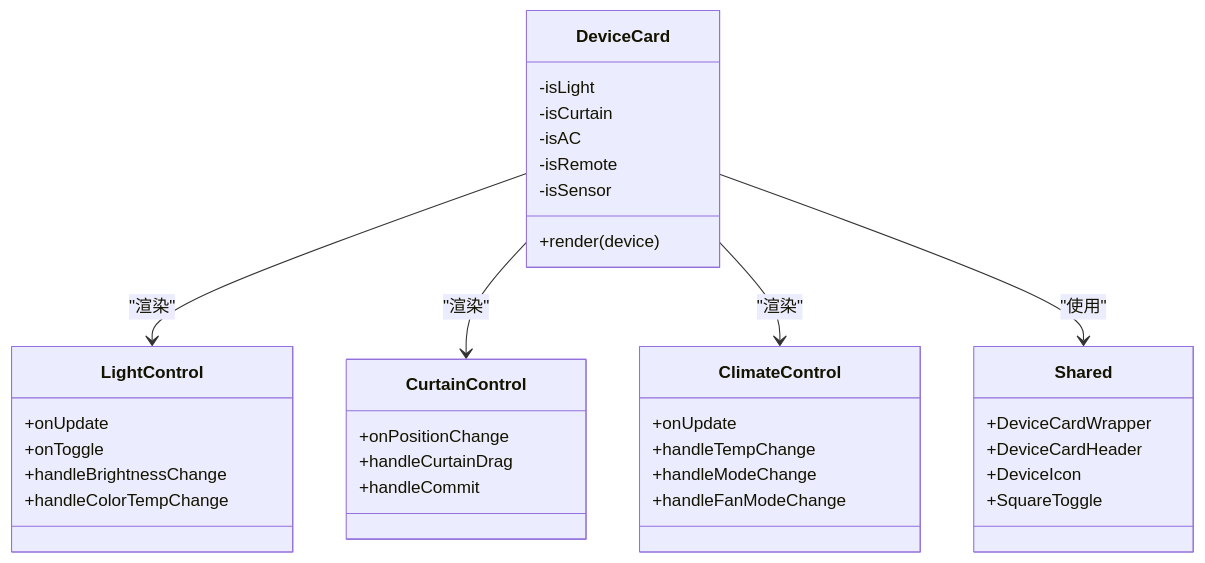
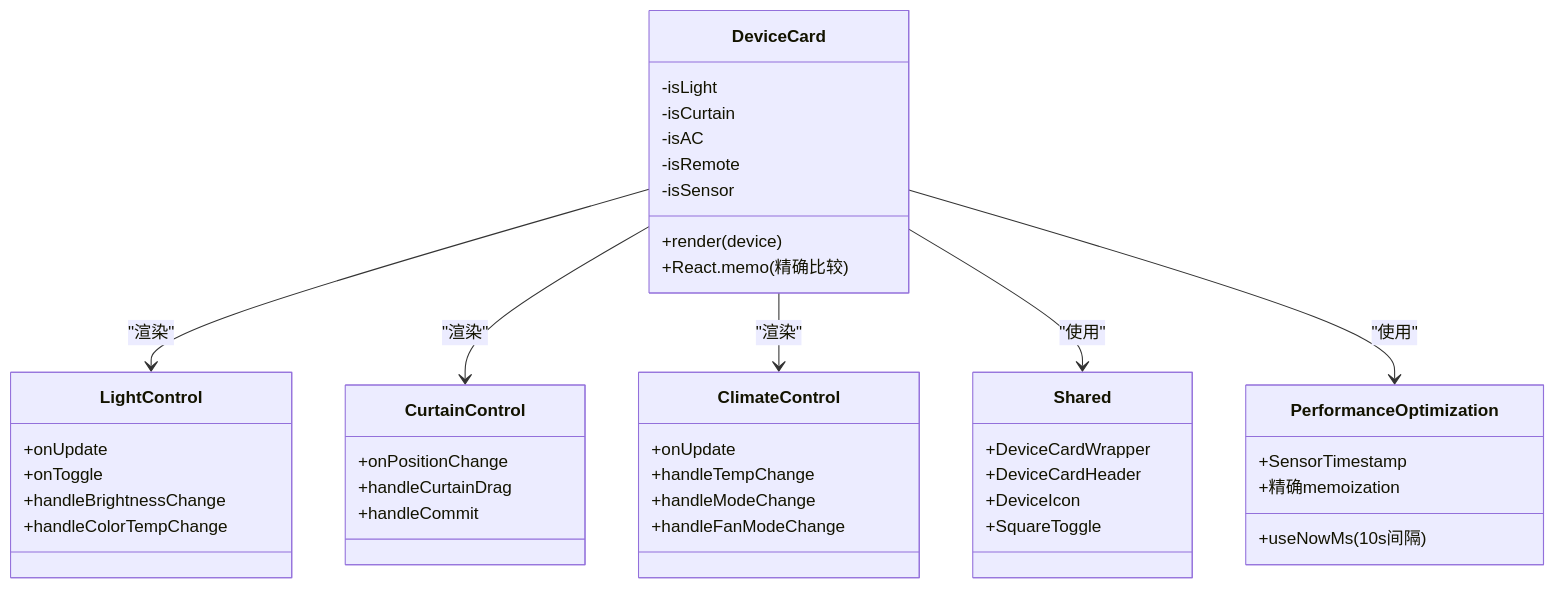
The third of 8 diagrams in .qoder/repowiki/zh/content/架构设计/组件架构设计.md (skyeyinkun/HAUI), drawn with Mermaid before and after one commit. The commit also changed other lines of this file and 14 other files, not shown here.

````diff
--- a/.qoder/repowiki/zh/content/架构设计/组件架构设计.md
+++ b/.qoder/repowiki/zh/content/架构设计/组件架构设计.md
@@ -162,38 +182,45 @@
 ```mermaid
 classDiagram
 class DeviceCard {
 +render(device)
 -isLight
 -isCurtain
 -isAC
 -isRemote
 -isSensor
++React.memo(精确比较)
 }
 class LightControl {
 +onUpdate
 +onToggle
 +handleBrightnessChange
 +handleColorTempChange
 }
 class CurtainControl {
 +onPositionChange
 +handleCurtainDrag
 +handleCommit
 }
 class ClimateControl {
 +onUpdate
 +handleTempChange
 +handleModeChange
 +handleFanModeChange
 }
 class Shared {
 +DeviceCardWrapper
 +DeviceCardHeader
 +DeviceIcon
 +SquareToggle
 }
+class PerformanceOptimization {
++useNowMs(10s间隔)
++SensorTimestamp
++精确memoization
+}
 DeviceCard --> LightControl : "渲染"
 DeviceCard --> CurtainControl : "渲染"
 DeviceCard --> ClimateControl : "渲染"
 DeviceCard --> Shared : "使用"
+DeviceCard --> PerformanceOptimization : "使用"
 ```
````
